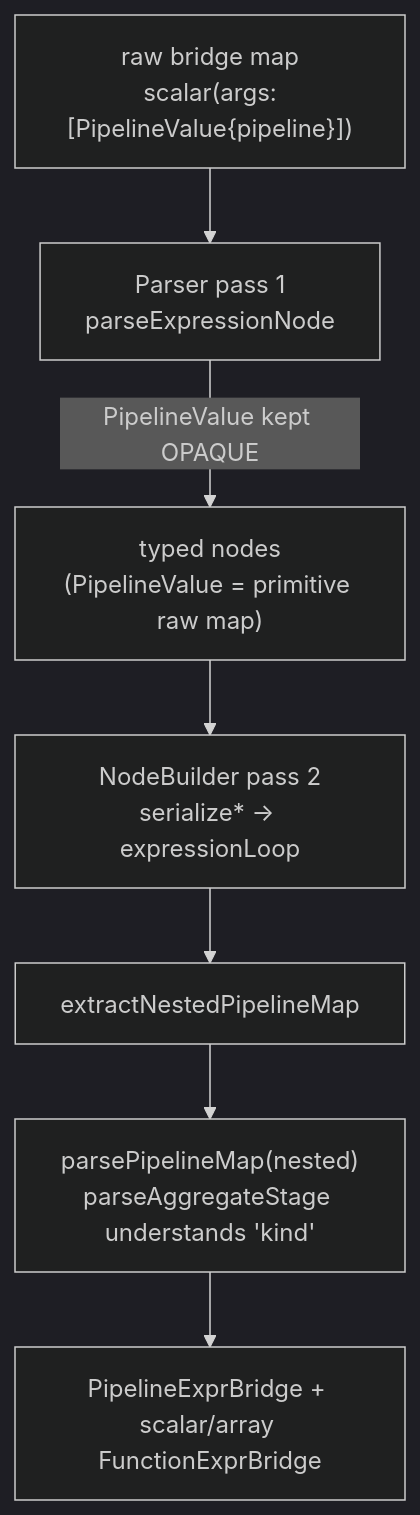
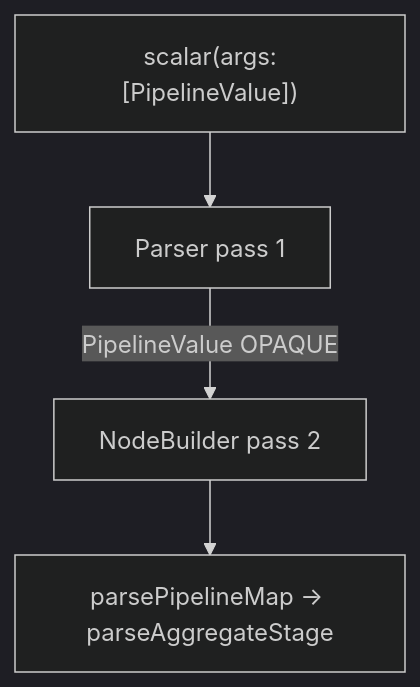
Before and after one commit to invertase/react-native-firebase: the second of 2 diagrams in okf-bundle/packages/firestore/pipelines.md, drawn with Mermaid (dark theme). The commit also changed other lines of this file and 10 other files, not shown here.

````diff
--- a/okf-bundle/packages/firestore/pipelines.md
+++ b/okf-bundle/packages/firestore/pipelines.md
@@ -116,9 +87,6 @@
 ```mermaid
 flowchart TB
-  RAW["raw bridge map<br/>scalar(args:[PipelineValue{pipeline}])"] --> P1["Parser pass 1<br/>parseExpressionNode"]
-  P1 -->|PipelineValue kept OPAQUE| TYPED["typed nodes<br/>(PipelineValue = primitive raw map)"]
-  TYPED --> P2["NodeBuilder pass 2<br/>serialize* → expressionLoop"]
-  P2 --> EXTRACT["extractNestedPipelineMap"]
-  EXTRACT --> NESTED["parsePipelineMap(nested)<br/>parseAggregateStage understands 'kind'"]
-  NESTED --> BRIDGE["PipelineExprBridge + scalar/array FunctionExprBridge"]
+  RAW["scalar(args:[PipelineValue])"] --> P1["Parser pass 1"]
+  P1 -->|PipelineValue OPAQUE| P2["NodeBuilder pass 2"]
+  P2 --> NESTED["parsePipelineMap → parseAggregateStage"]
 ```
````
